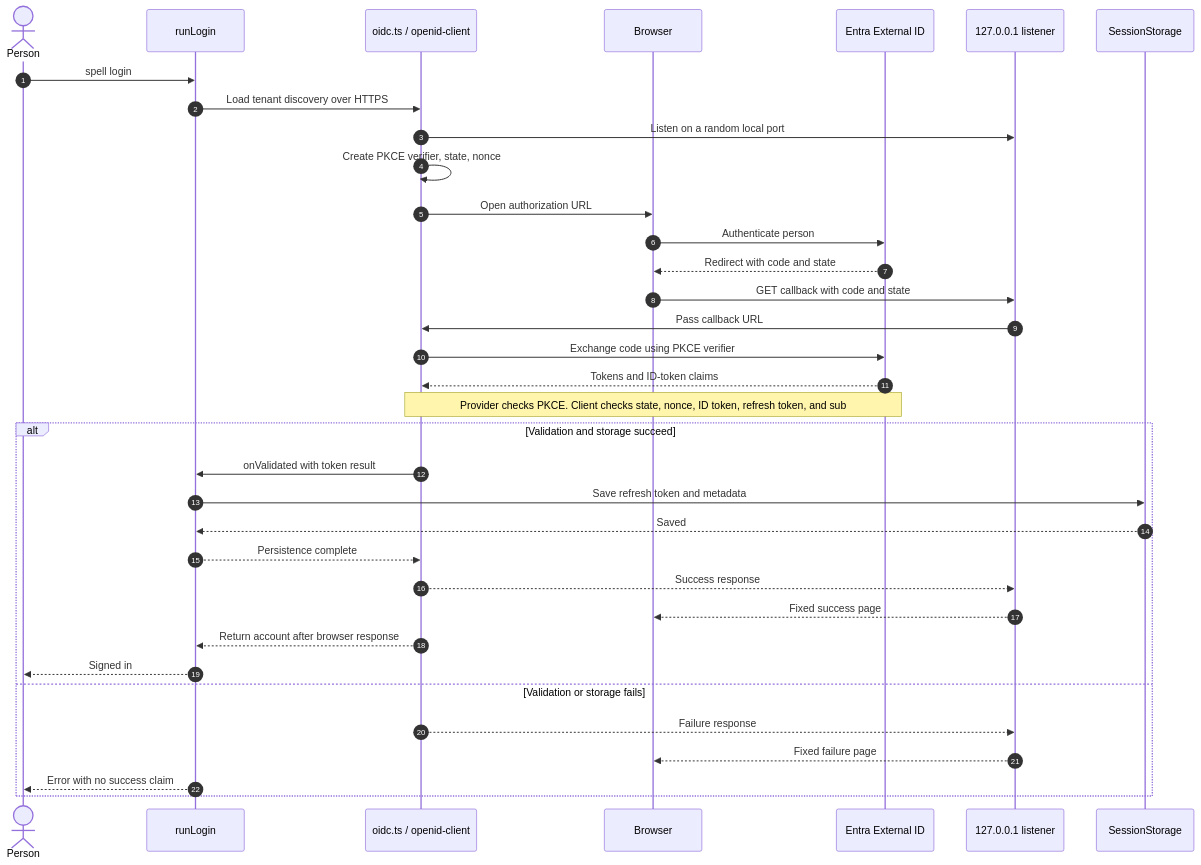
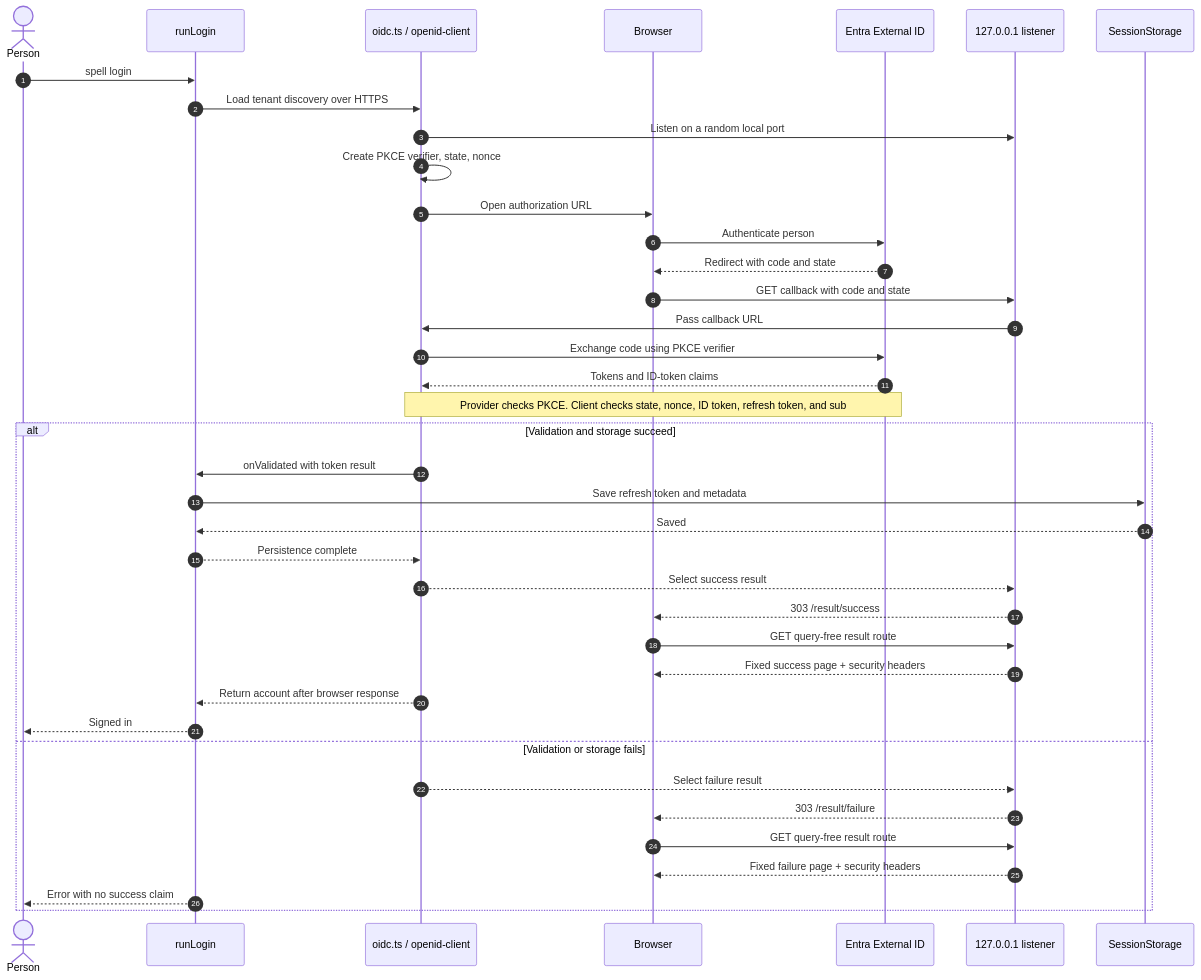
Before and after one commit to codemagicianhq/arcane: the second of 4 diagrams in features/spell-login/architecture.md, drawn with Mermaid. The commit also changed other lines of this file and 7 other files, not shown here.

````diff
--- a/features/spell-login/architecture.md
+++ b/features/spell-login/architecture.md
@@ -43,37 +43,41 @@
 ```mermaid
 sequenceDiagram
     autonumber
     actor Person
     participant CLI as runLogin
     participant OIDC as oidc.ts / openid-client
     participant Browser
     participant IdP as Entra External ID
     participant Loopback as 127.0.0.1 listener
     participant Store as SessionStorage
     Person->>CLI: spell login
     CLI->>OIDC: Load tenant discovery over HTTPS
     OIDC->>Loopback: Listen on a random local port
     OIDC->>OIDC: Create PKCE verifier, state, nonce
     OIDC->>Browser: Open authorization URL
     Browser->>IdP: Authenticate person
     IdP-->>Browser: Redirect with code and state
     Browser->>Loopback: GET callback with code and state
     Loopback->>OIDC: Pass callback URL
     OIDC->>IdP: Exchange code using PKCE verifier
     IdP-->>OIDC: Tokens and ID-token claims
     Note over OIDC,IdP: Provider checks PKCE. Client checks state, nonce, ID token, refresh token, and sub
     alt Validation and storage succeed
         OIDC->>CLI: onValidated with token result
         CLI->>Store: Save refresh token and metadata
         Store-->>CLI: Saved
         CLI-->>OIDC: Persistence complete
-        OIDC-->>Loopback: Success response
-        Loopback-->>Browser: Fixed success page
+        OIDC-->>Loopback: Select success result
+        Loopback-->>Browser: 303 /result/success
+        Browser->>Loopback: GET query-free result route
+        Loopback-->>Browser: Fixed success page + security headers
         OIDC-->>CLI: Return account after browser response
         CLI-->>Person: Signed in
     else Validation or storage fails
-        OIDC-->>Loopback: Failure response
-        Loopback-->>Browser: Fixed failure page
+        OIDC-->>Loopback: Select failure result
+        Loopback-->>Browser: 303 /result/failure
+        Browser->>Loopback: GET query-free result route
+        Loopback-->>Browser: Fixed failure page + security headers
         CLI-->>Person: Error with no success claim
     end
 ```
````
